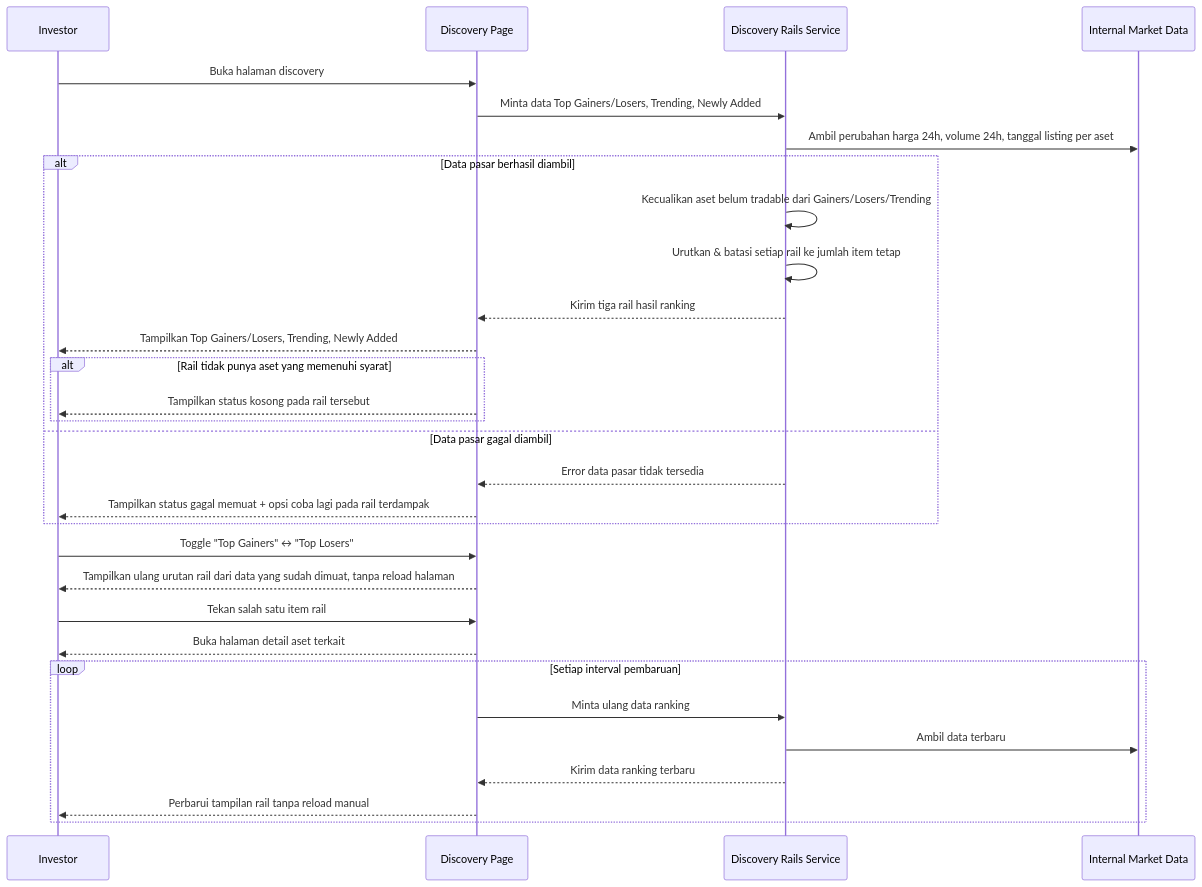
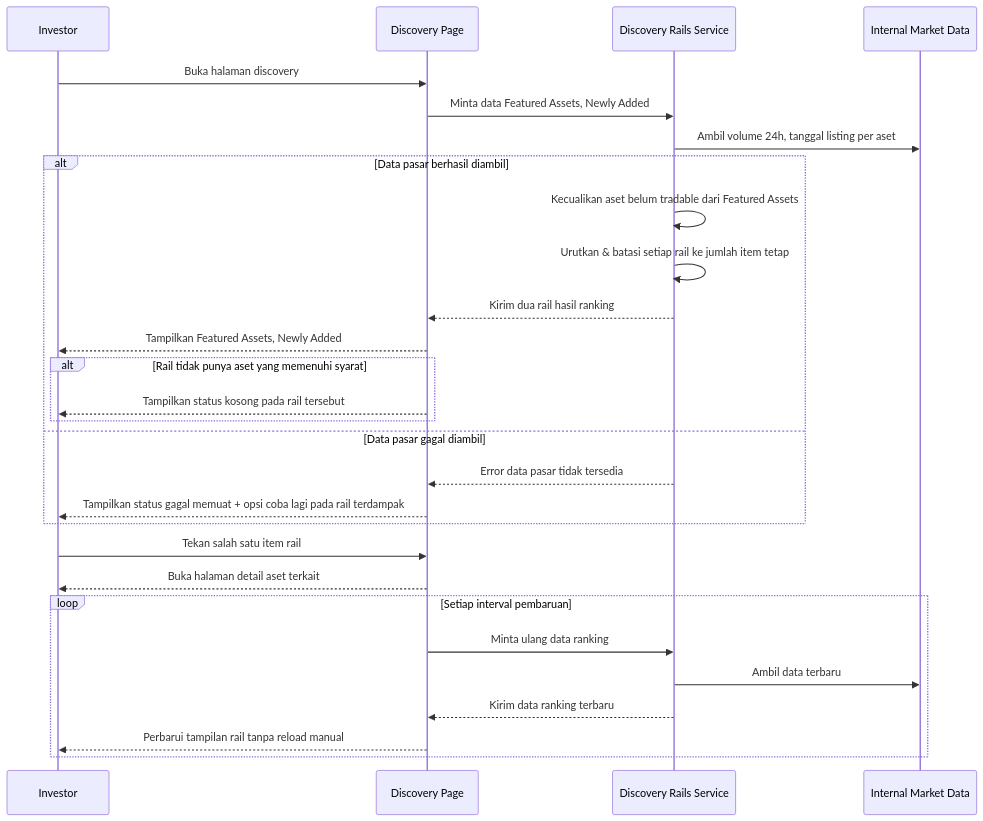
One commit to pujabyte/tokenizer-app changed the diagram in spec-discovery-rails.md. Above: the diagram before and after it, drawn with Mermaid. The commit also changed other lines of this file and 2 other files, not shown here.

Commit message:
update banner & featured section

````diff
--- a/spec-discovery-rails.md
+++ b/spec-discovery-rails.md
@@ -61,38 +59,35 @@
 ```mermaid
 sequenceDiagram
     participant Investor
     participant Discovery as Discovery Page
     participant Rails as Discovery Rails Service
     participant MarketData as Internal Market Data
 
     Investor->>Discovery: Buka halaman discovery
-    Discovery->>Rails: Minta data Top Gainers/Losers, Trending, Newly Added
-    Rails->>MarketData: Ambil perubahan harga 24h, volume 24h, tanggal listing per aset
+    Discovery->>Rails: Minta data Featured Assets, Newly Added
+    Rails->>MarketData: Ambil volume 24h, tanggal listing per aset
 
     alt Data pasar berhasil diambil
-        Rails->>Rails: Kecualikan aset belum tradable dari Gainers/Losers/Trending
+        Rails->>Rails: Kecualikan aset belum tradable dari Featured Assets
         Rails->>Rails: Urutkan & batasi setiap rail ke jumlah item tetap
-        Rails-->>Discovery: Kirim tiga rail hasil ranking
-        Discovery-->>Investor: Tampilkan Top Gainers/Losers, Trending, Newly Added
+        Rails-->>Discovery: Kirim dua rail hasil ranking
+        Discovery-->>Investor: Tampilkan Featured Assets, Newly Added
 
         alt Rail tidak punya aset yang memenuhi syarat
             Discovery-->>Investor: Tampilkan status kosong pada rail tersebut
         end
     else Data pasar gagal diambil
         Rails-->>Discovery: Error data pasar tidak tersedia
         Discovery-->>Investor: Tampilkan status gagal memuat + opsi coba lagi pada rail terdampak
     end
-
-    Investor->>Discovery: Toggle "Top Gainers" ↔ "Top Losers"
-    Discovery-->>Investor: Tampilkan ulang urutan rail dari data yang sudah dimuat, tanpa reload halaman
 
     Investor->>Discovery: Tekan salah satu item rail
     Discovery-->>Investor: Buka halaman detail aset terkait
 
     loop Setiap interval pembaruan
         Discovery->>Rails: Minta ulang data ranking
         Rails->>MarketData: Ambil data terbaru
         Rails-->>Discovery: Kirim data ranking terbaru
         Discovery-->>Investor: Perbarui tampilan rail tanpa reload manual
     end
 ```
````
